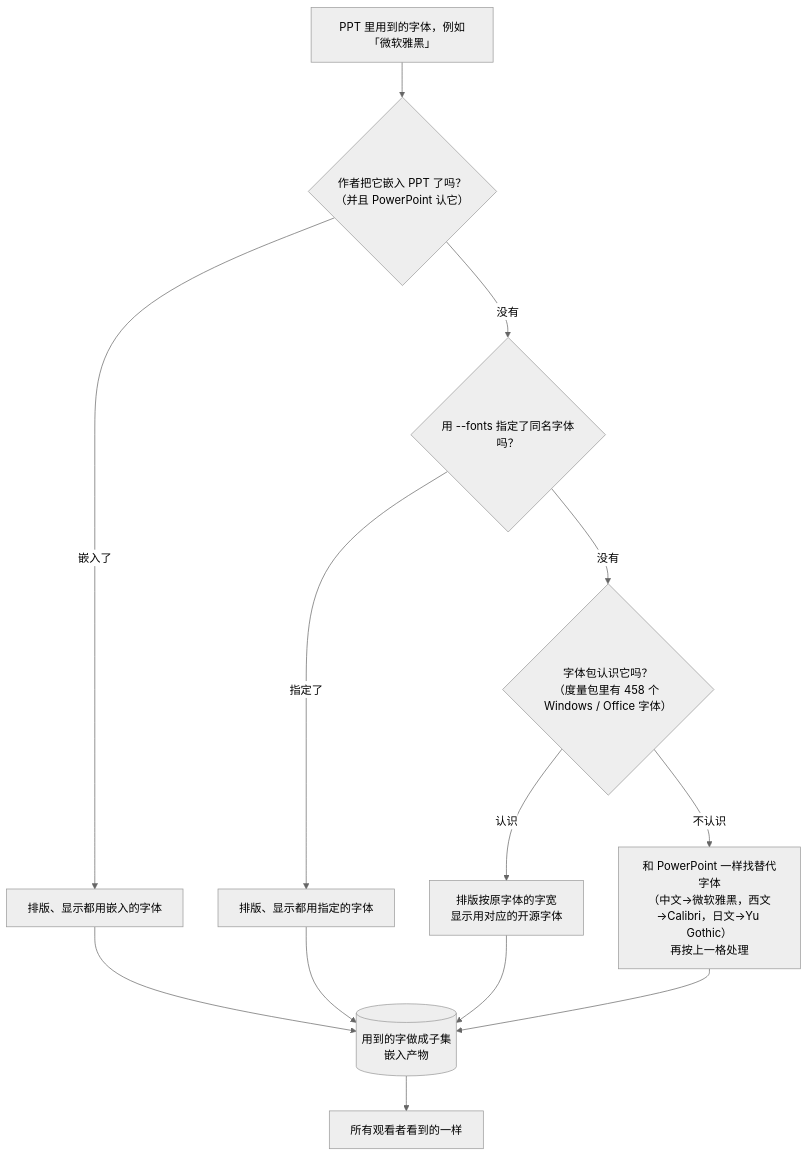
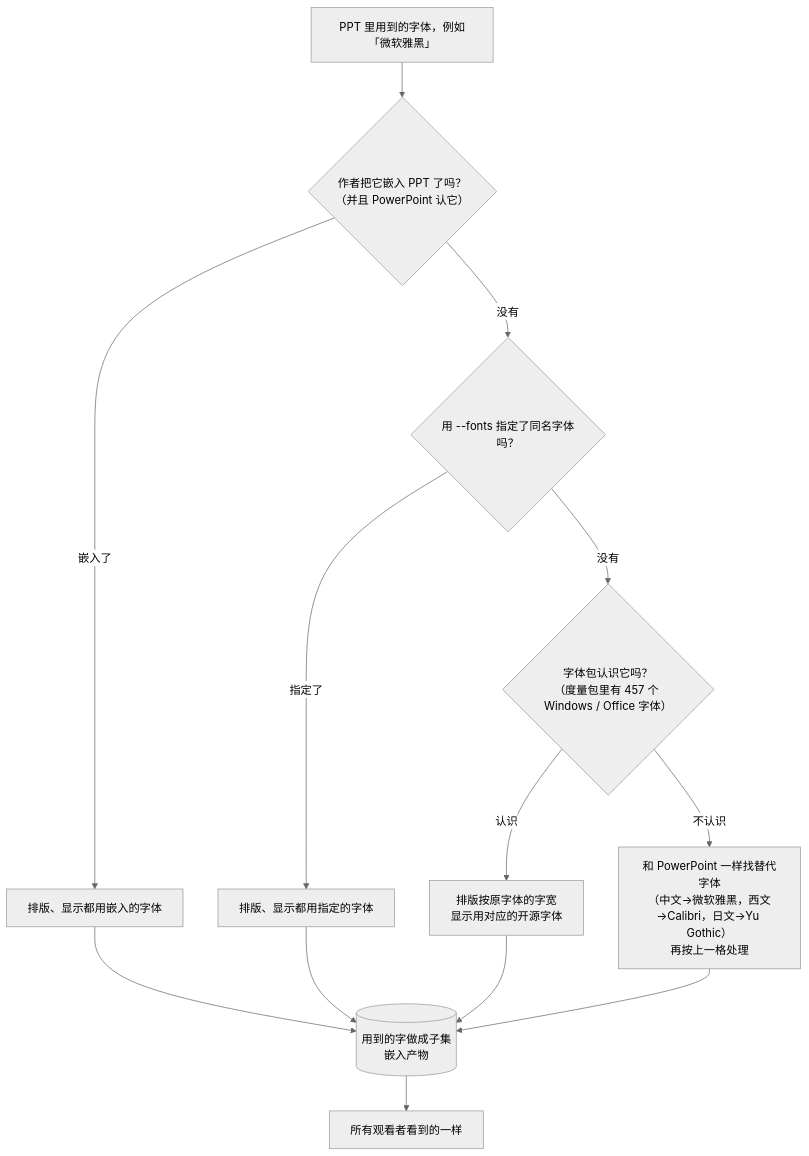
One commit to spitmaster/unppt changed the fifth of 5 diagrams in docs/zh/getting-started.md. Above: the diagram before and after it, drawn with Mermaid (neutral theme). The commit also changed other lines of this file and 13 other files, not shown here.

````diff
--- a/docs/zh/getting-started.md
+++ b/docs/zh/getting-started.md
@@ -405,15 +405,15 @@
 ```mermaid
 flowchart TD
   F["PPT 里用到的字体，例如「微软雅黑」"] --> E{"作者把它嵌入 PPT 了吗？<br/>（并且 PowerPoint 认它）"}
   E -->|"嵌入了"| EMB["排版、显示都用嵌入的字体"]
   E -->|"没有"| S{"用 --fonts 指定了同名字体吗？"}
   S -->|"指定了"| SPEC["排版、显示都用指定的字体"]
-  S -->|"没有"| K{"字体包认识它吗？<br/>（度量包里有 458 个 Windows / Office 字体）"}
+  S -->|"没有"| K{"字体包认识它吗？<br/>（度量包里有 457 个 Windows / Office 字体）"}
   K -->|"认识"| DEF["排版按原字体的字宽<br/>显示用对应的开源字体"]
   K -->|"不认识"| SUB["和 PowerPoint 一样找替代字体<br/>（中文→微软雅黑，西文→Calibri，日文→Yu Gothic）<br/>再按上一格处理"]
   EMB --> OUT[("用到的字做成子集<br/>嵌入产物")]
   SPEC --> OUT
   DEF --> OUT
   SUB --> OUT
   OUT --> V["所有观看者看到的一样"]
 ```
````
